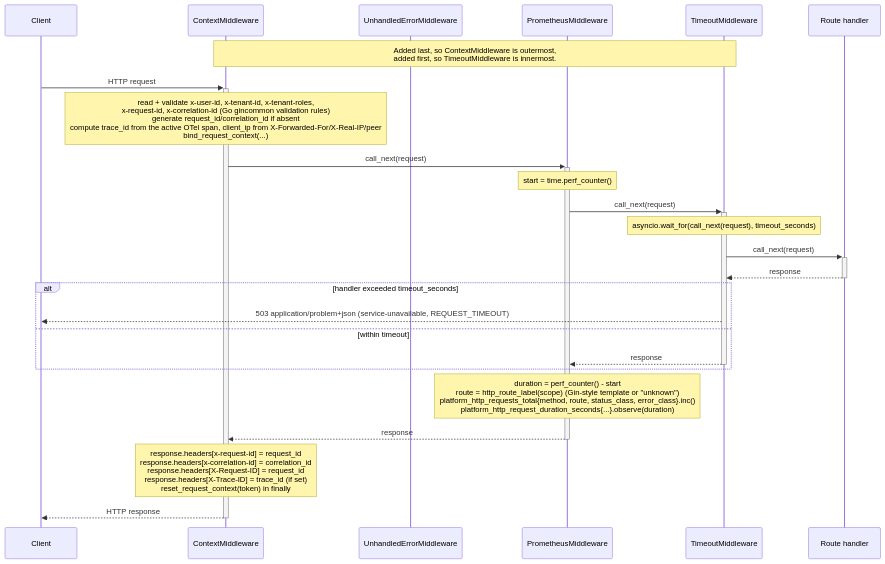
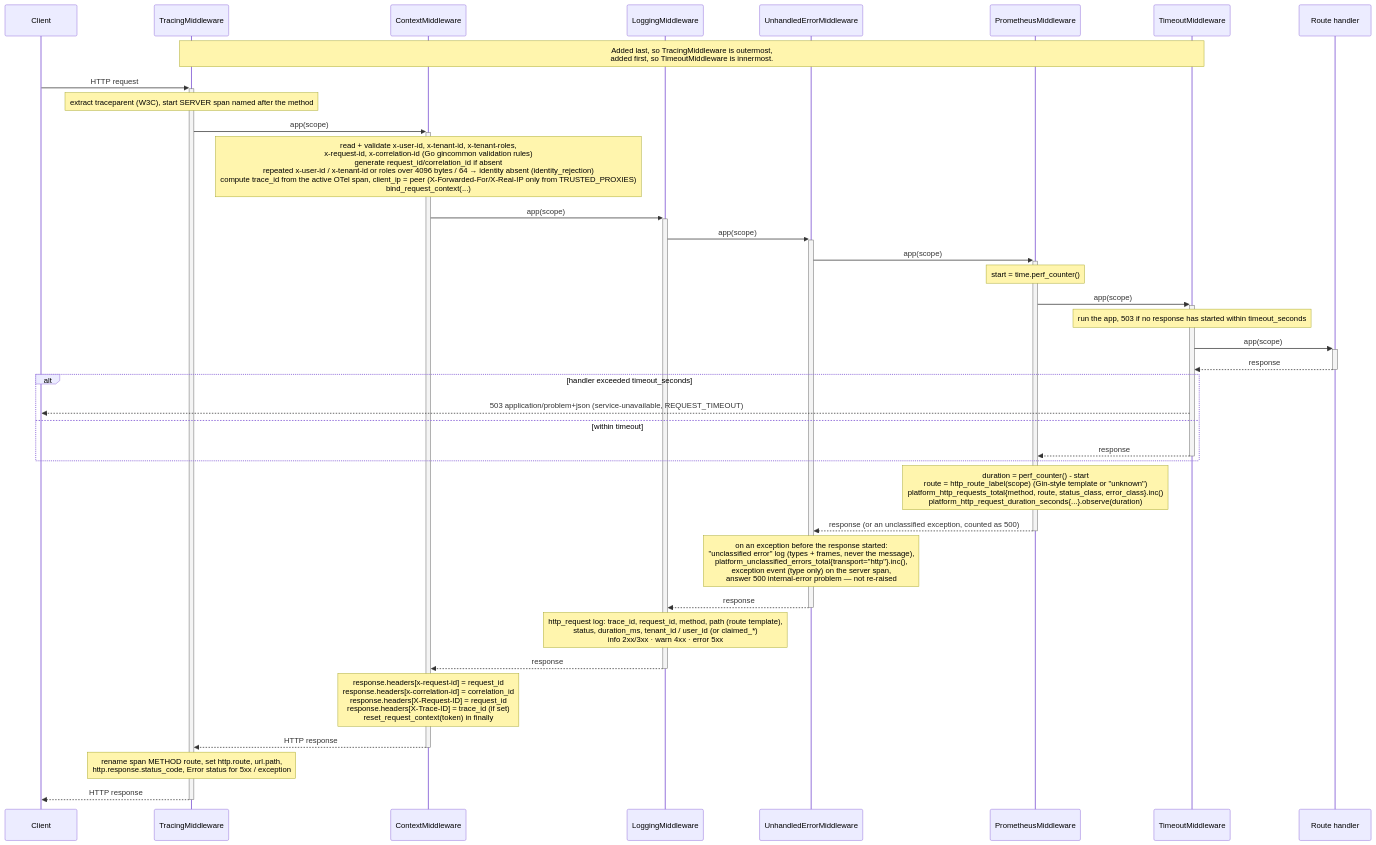
Before and after one commit to BCBP-SOLUTIONS-FZC-LLC/platform-fastapicommon: the diagram in docs/architecture/mermaid/request-flow.mmd, drawn with Mermaid. The commit also changed 141 other files, not shown here.

First line of the commit message:
feat!: align logs, metrics and traces with platform-gincommon v2; CI/CD port; production-readiness fixes (#25)

```diff
--- a/docs/architecture/mermaid/request-flow.mmd
+++ b/docs/architecture/mermaid/request-flow.mmd
@@ -1,34 +1,47 @@
 sequenceDiagram
     participant Client
+    participant TR as TracingMiddleware
     participant CM as ContextMiddleware
+    participant LM as LoggingMiddleware
     participant UE as UnhandledErrorMiddleware
     participant PM as PrometheusMiddleware
     participant TM as TimeoutMiddleware
     participant H as Route handler
 
-    Note over CM,TM: Added last, so ContextMiddleware is outermost,<br/>added first, so TimeoutMiddleware is innermost.
+    Note over TR,TM: Added last, so TracingMiddleware is outermost,<br/>added first, so TimeoutMiddleware is innermost.
 
-    Client ->>+ CM: HTTP request
-    Note over CM: read + validate x-user-id, x-tenant-id, x-tenant-roles,<br/>x-request-id, x-correlation-id (Go gincommon validation rules)<br/>generate request_id/correlation_id if absent<br/>compute trace_id from the active OTel span, client_ip from X-Forwarded-For/X-Real-IP/peer<br/>bind_request_context(...)
+    Client ->>+ TR: HTTP request
+    Note over TR: extract traceparent (W3C), start SERVER span named after the method
 
-    CM ->>+ PM: call_next(request)
+    TR ->>+ CM: app(scope)
+    Note over CM: read + validate x-user-id, x-tenant-id, x-tenant-roles,<br/>x-request-id, x-correlation-id (Go gincommon validation rules)<br/>generate request_id/correlation_id if absent<br/>repeated x-user-id / x-tenant-id or roles over 4096 bytes / 64 → identity absent (identity_rejection)<br/>compute trace_id from the active OTel span, client_ip = peer (X-Forwarded-For/X-Real-IP only from TRUSTED_PROXIES)<br/>bind_request_context(...)
+
+    CM ->>+ LM: app(scope)
+    LM ->>+ UE: app(scope)
+    UE ->>+ PM: app(scope)
     Note over PM: start = time.perf_counter()
 
-    PM ->>+ TM: call_next(request)
-    Note over TM: asyncio.wait_for(call_next(request), timeout_seconds)
+    PM ->>+ TM: app(scope)
+    Note over TM: run the app, 503 if no response has started within timeout_seconds
 
-    TM ->>+ H: call_next(request)
+    TM ->>+ H: app(scope)
     H -->>- TM: response
 
     alt handler exceeded timeout_seconds
         TM -->> Client: 503 application/problem+json (service-unavailable, REQUEST_TIMEOUT)
     else within timeout
         TM -->>- PM: response
     end
 
     Note over PM: duration = perf_counter() - start<br/>route = http_route_label(scope) (Gin-style template or "unknown")<br/>platform_http_requests_total{method, route, status_class, error_class}.inc()<br/>platform_http_request_duration_seconds{...}.observe(duration)
 
-    PM -->>- CM: response
+    PM -->>- UE: response (or an unclassified exception, counted as 500)
+    Note over UE: on an exception before the response started:<br/>"unclassified error" log (types + frames, never the message),<br/>platform_unclassified_errors_total{transport="http"}.inc(),<br/>exception event (type only) on the server span,<br/>answer 500 internal-error problem — not re-raised
+    UE -->>- LM: response
+    Note over LM: http_request log: trace_id, request_id, method, path (route template),<br/>status, duration_ms, tenant_id / user_id (or claimed_*)<br/>info 2xx/3xx · warn 4xx · error 5xx
+    LM -->>- CM: response
     Note over CM: response.headers[x-request-id] = request_id<br/>response.headers[x-correlation-id] = correlation_id<br/>response.headers[X-Request-ID] = request_id<br/>response.headers[X-Trace-ID] = trace_id (if set)<br/>reset_request_context(token) in finally
 
-    CM -->>- Client: HTTP response
+    CM -->>- TR: HTTP response
+    Note over TR: rename span METHOD route, set http.route, url.path,<br/>http.response.status_code, Error status for 5xx / exception
+    TR -->>- Client: HTTP response
```
